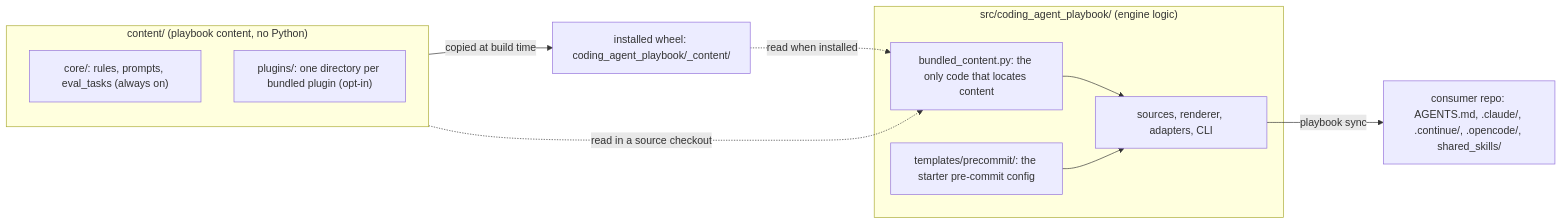
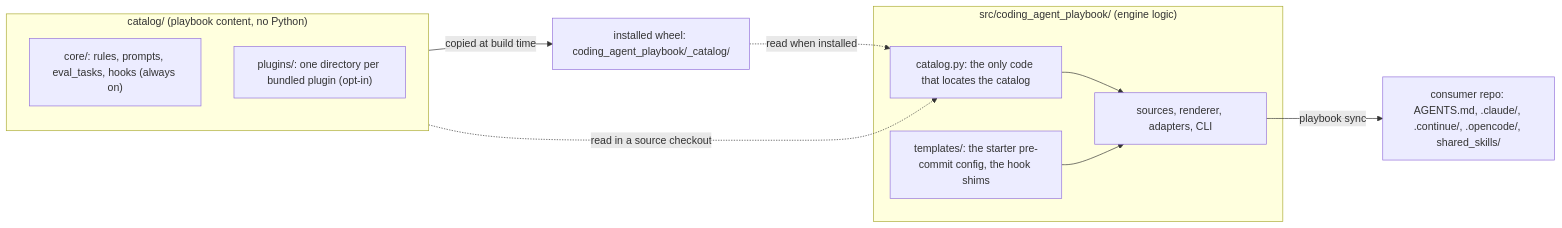
One commit to msobroza/coding-agent-playbook changed the diagram in README.md. Above: the diagram before and after it, drawn with Mermaid. The commit also changed other lines of this file and 1139 other files, not shown here.

First line of the commit message:
feat(hooks): lifecycle hooks — runtime, adapters, 41-hook pack, quality tools (#32)

````diff
--- a/README.md
+++ b/README.md
@@ -85,20 +147,20 @@
 ```mermaid
 flowchart LR
-    subgraph content["content/ (playbook content, no Python)"]
-        core["core/: rules, prompts, eval_tasks (always on)"]
+    subgraph catalog["catalog/ (playbook content, no Python)"]
+        core["core/: rules, prompts, eval_tasks, hooks (always on)"]
         plugins["plugins/: one directory per bundled plugin (opt-in)"]
     end
     subgraph src["src/coding_agent_playbook/ (engine logic)"]
-        resolver["bundled_content.py: the only code that locates content"]
+        resolver["catalog.py: the only code that locates the catalog"]
         engine["sources, renderer, adapters, CLI"]
-        template["templates/precommit/: the starter pre-commit config"]
+        template["templates/: the starter pre-commit config, the hook shims"]
     end
-    wheel["installed wheel: coding_agent_playbook/_content/"]
+    wheel["installed wheel: coding_agent_playbook/_catalog/"]
     consumer["consumer repo: AGENTS.md, .claude/, .continue/, .opencode/, shared_skills/"]
-    content -->|"copied at build time"| wheel
-    content -.->|"read in a source checkout"| resolver
+    catalog -->|"copied at build time"| wheel
+    catalog -.->|"read in a source checkout"| resolver
     wheel -.->|"read when installed"| resolver
     resolver --> engine
     template --> engine
     engine -->|"playbook sync"| consumer
 ```
````
